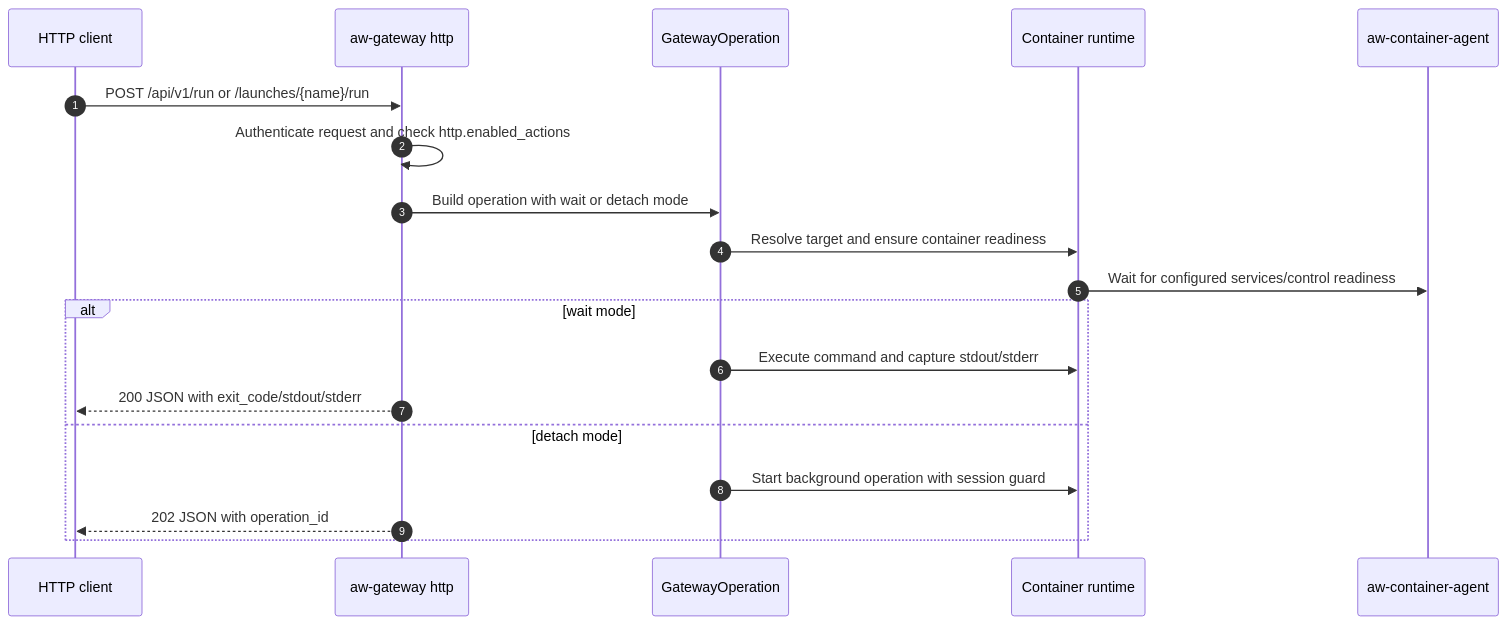
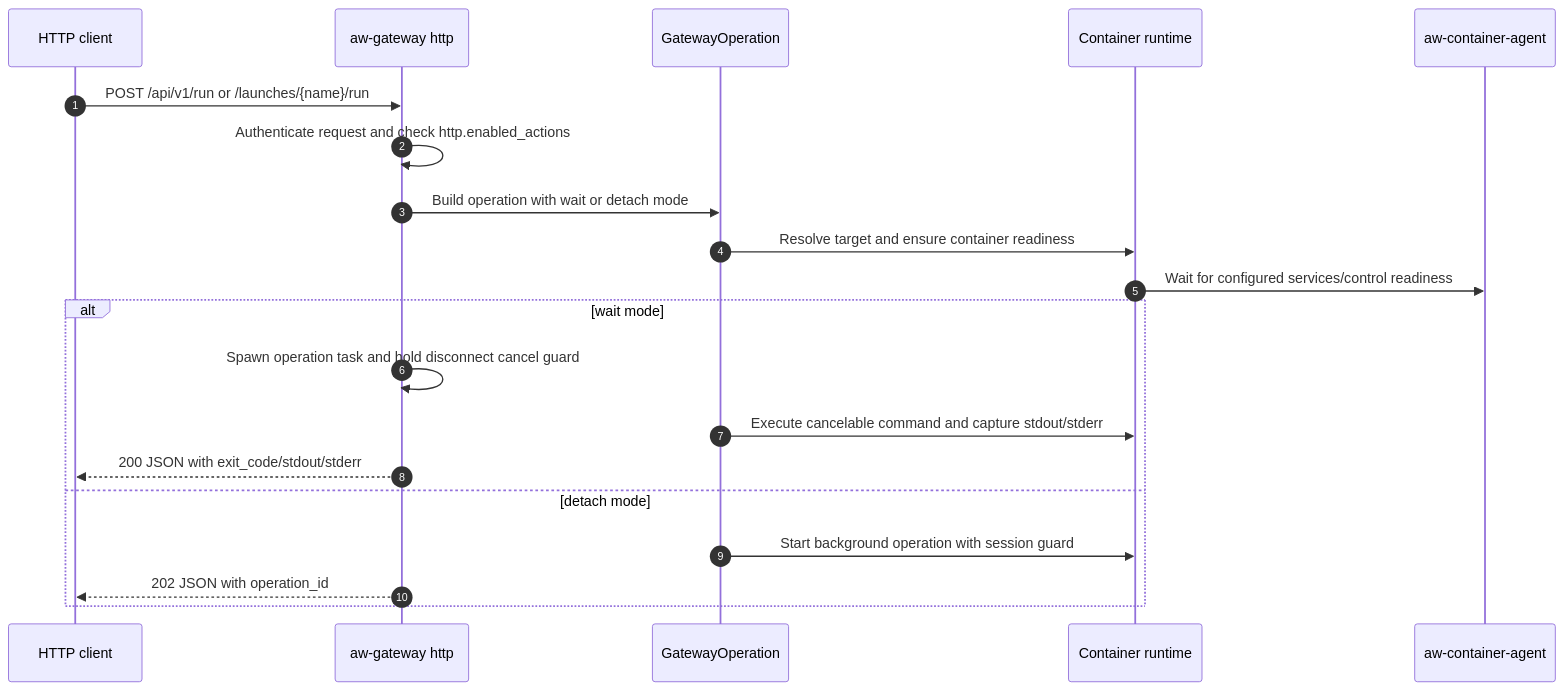
The fifth of 8 diagrams in README.md (kcosr/aw-gateway), drawn with Mermaid before and after one commit. The commit also changed other lines of this file and 16 other files, not shown here.

````diff
--- a/README.md
+++ b/README.md
@@ -1715,22 +1725,23 @@
 ```mermaid
 sequenceDiagram
     autonumber
     participant C as HTTP client
     participant G as aw-gateway http
     participant O as GatewayOperation
     participant R as Container runtime
     participant A as aw-container-agent
 
     C->>G: POST /api/v1/run or /launches/{name}/run
     G->>G: Authenticate request and check http.enabled_actions
     G->>O: Build operation with wait or detach mode
     O->>R: Resolve target and ensure container readiness
     R->>A: Wait for configured services/control readiness
     alt wait mode
-        O->>R: Execute command and capture stdout/stderr
+        G->>G: Spawn operation task and hold disconnect cancel guard
+        O->>R: Execute cancelable command and capture stdout/stderr
         G-->>C: 200 JSON with exit_code/stdout/stderr
     else detach mode
         O->>R: Start background operation with session guard
         G-->>C: 202 JSON with operation_id
     end
 ```
````
